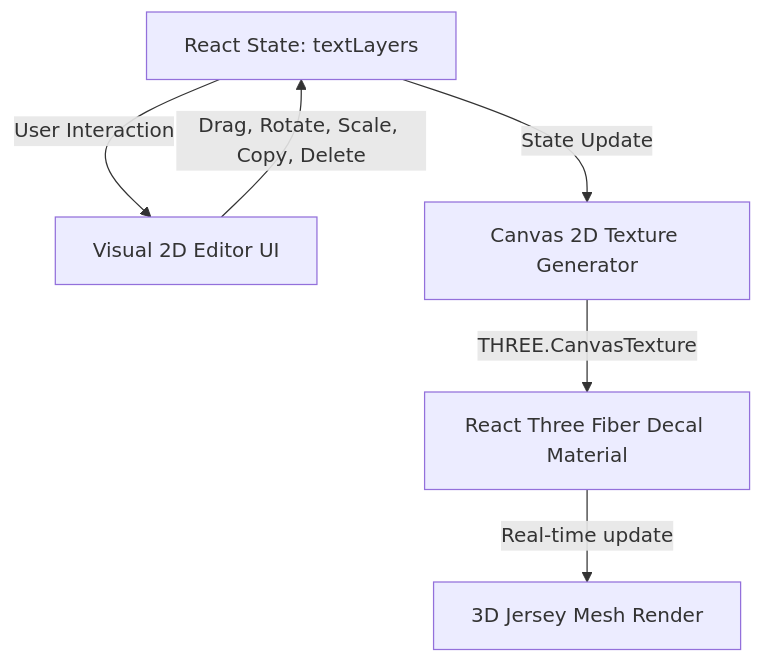
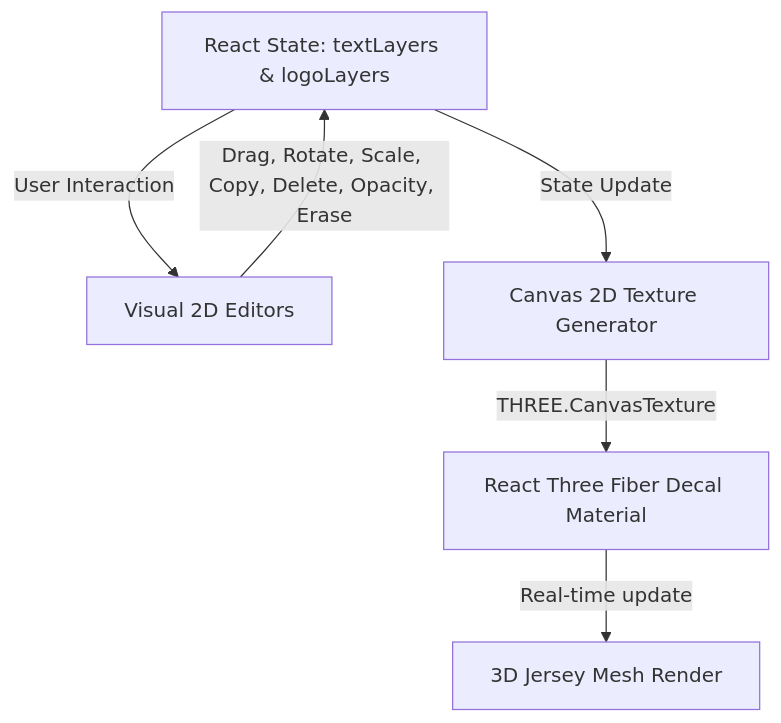
One commit to Badhon-Roy/big-fish-test changed the diagram in implementation_summary.md. Above: the diagram before and after it, drawn with Mermaid. The commit also changed other lines of this file and 1 other file, not shown here.

Commit message:
feat: add unified logo and text customization system with layer-based opacity, eraser, and rendering optimization support

````diff
--- a/implementation_summary.md
+++ b/implementation_summary.md
@@ -11,8 +11,8 @@
 ```mermaid
 graph TD
-    A[React State: textLayers] -->|User Interaction| B[Visual 2D Editor UI]
-    B -->|Drag, Rotate, Scale, Copy, Delete| A
+    A[React State: textLayers & logoLayers] -->|User Interaction| B[Visual 2D Editors]
+    B -->|Drag, Rotate, Scale, Copy, Delete, Opacity, Erase| A
     A -->|State Update| C[Canvas 2D Texture Generator]
     C -->|THREE.CanvasTexture| D[React Three Fiber Decal Material]
     D -->|Real-time update| E[3D Jersey Mesh Render]
 ```
````
